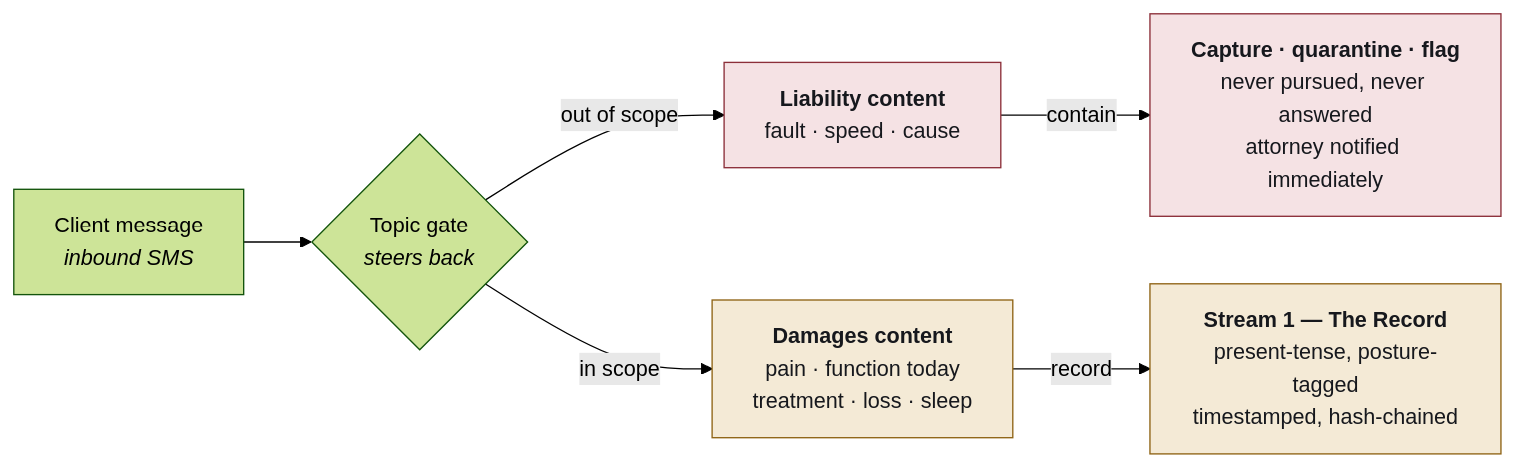
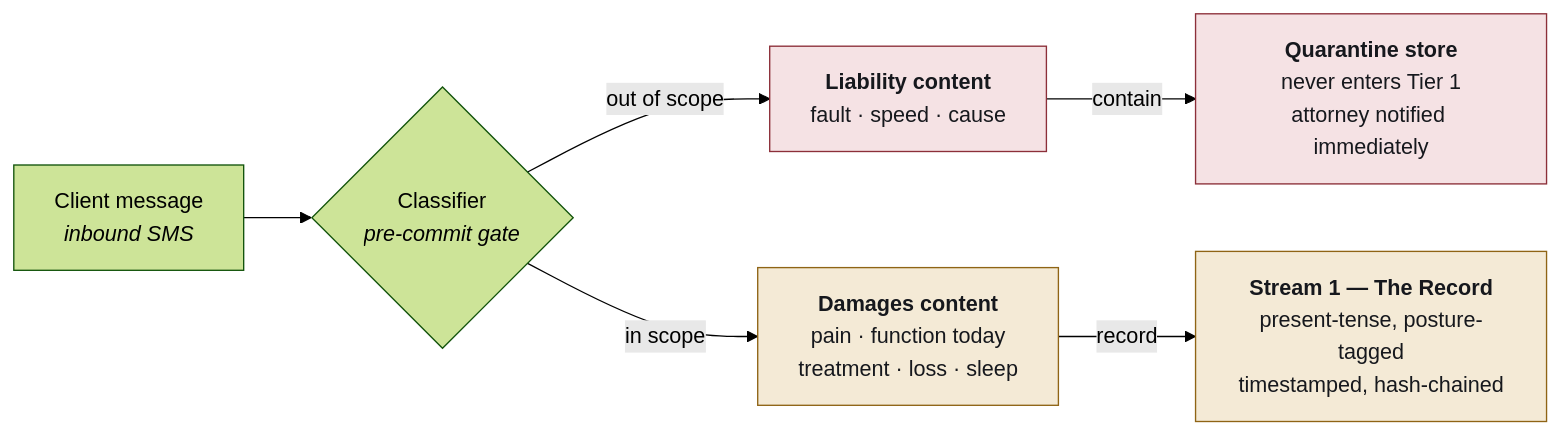
One commit to Aloha-Henry/SMSbot changed the third of 3 diagrams in docs/system-map.md. Above: the diagram before and after it, drawn with Mermaid (forest theme). The commit also changed other lines of this file and 3 other files, not shown here.

````diff
--- a/docs/system-map.md
+++ b/docs/system-map.md
@@ -98,20 +98,20 @@
 ```mermaid
 flowchart LR
   M["Client message<br/><i>inbound SMS</i>"]
-  G{"Topic gate<br/><i>steers back</i>"}
+  G{"Classifier<br/><i>pre-commit gate</i>"}
   L["<b>Liability content</b><br/>fault · speed · cause"]
-  Q["<b>Capture · quarantine · flag</b><br/>never pursued, never answered<br/>attorney notified immediately"]
+  Q["<b>Quarantine store</b><br/>never enters Tier 1<br/>attorney notified immediately"]
   D["<b>Damages content</b><br/>pain · function today<br/>treatment · loss · sleep"]
   S["<b>Stream 1 — The Record</b><br/>present-tense, posture-tagged<br/>timestamped, hash-chained"]
 
   M --> G
   G -- "out of scope" --> L
   G -- "in scope" --> D
   L -- contain --> Q
   D -- record --> S
 
   classDef bad fill:#F5E2E4,stroke:#8C2F39,color:#16181D
   classDef ok  fill:#F4EAD6,stroke:#8F6415,color:#16181D
   class L,Q bad
   class D,S ok
 ```
````
